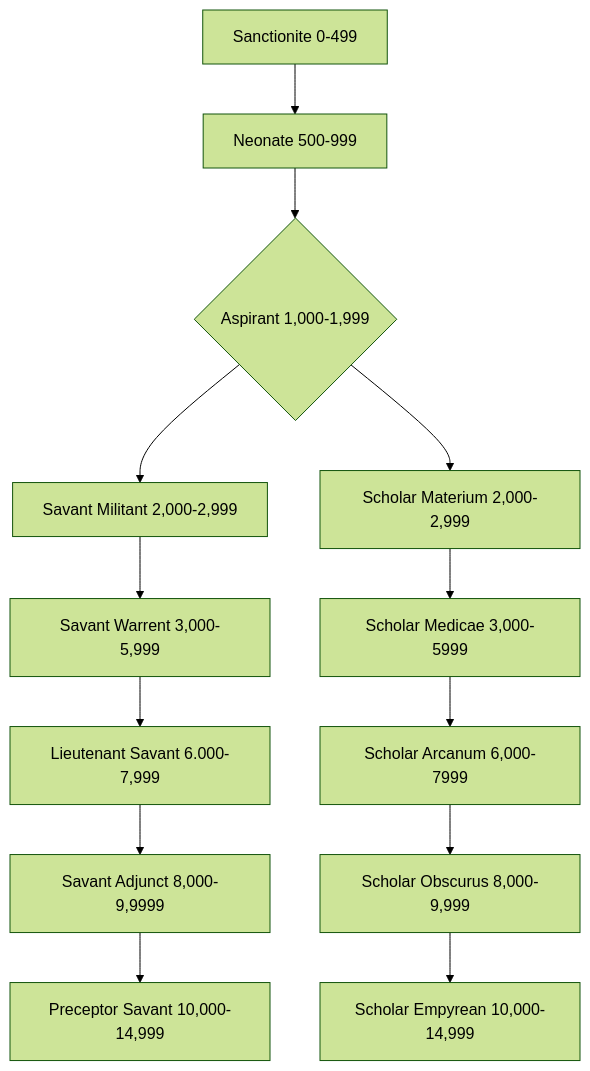
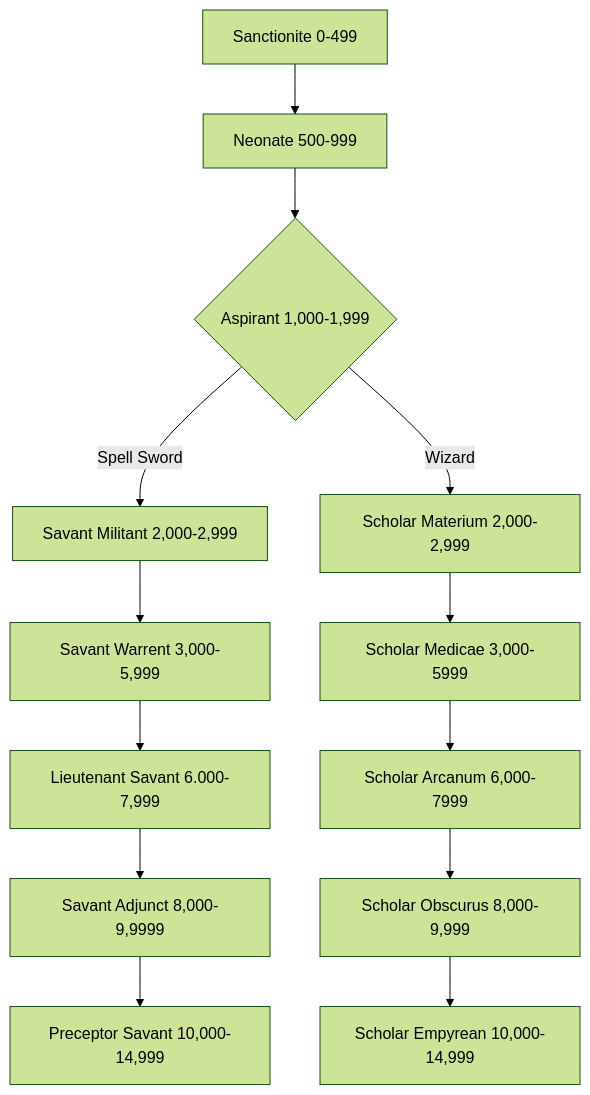
Before and after one commit to zyzyx159/Rule-books: the diagram in Core Rule book/Classes/Imperial Psyker.md, drawn with Mermaid (forest theme). The commit also changed other lines of this file and 1 other file, not shown here.

Commit message:
vault backup: 2025-06-23 03:01:31

````diff
--- a/Core Rule book/Classes/Imperial Psyker.md
+++ b/Core Rule book/Classes/Imperial Psyker.md
@@ -24,15 +25,15 @@
 ```mermaid
 graph TD
 A[Sanctionite 0-499] --> B[Neonate 500-999];
 B --> C{Aspirant 1,000-1,999};
-C --> D[Savant Militant 2,000-2,999];
+C -- Spell Sword --> D[Savant Militant 2,000-2,999];
 D --> E[Savant Warrent 3,000-5,999];
 E --> F[Lieutenant Savant 6.000-7,999]
 F --> G[Savant Adjunct 8,000-9,9999]
 G --> H[Preceptor Savant 10,000-14,999]
-C --> I[Scholar Materium 2,000-2,999]
+C -- Wizard --> I[Scholar Materium 2,000-2,999]
 I --> J[Scholar Medicae 3,000-5999]
 J --> K[Scholar Arcanum 6,000-7999]
 K --> L[Scholar Obscurus 8,000-9,999]
 L --> M[Scholar Empyrean 10,000-14,999]
 ```
````
